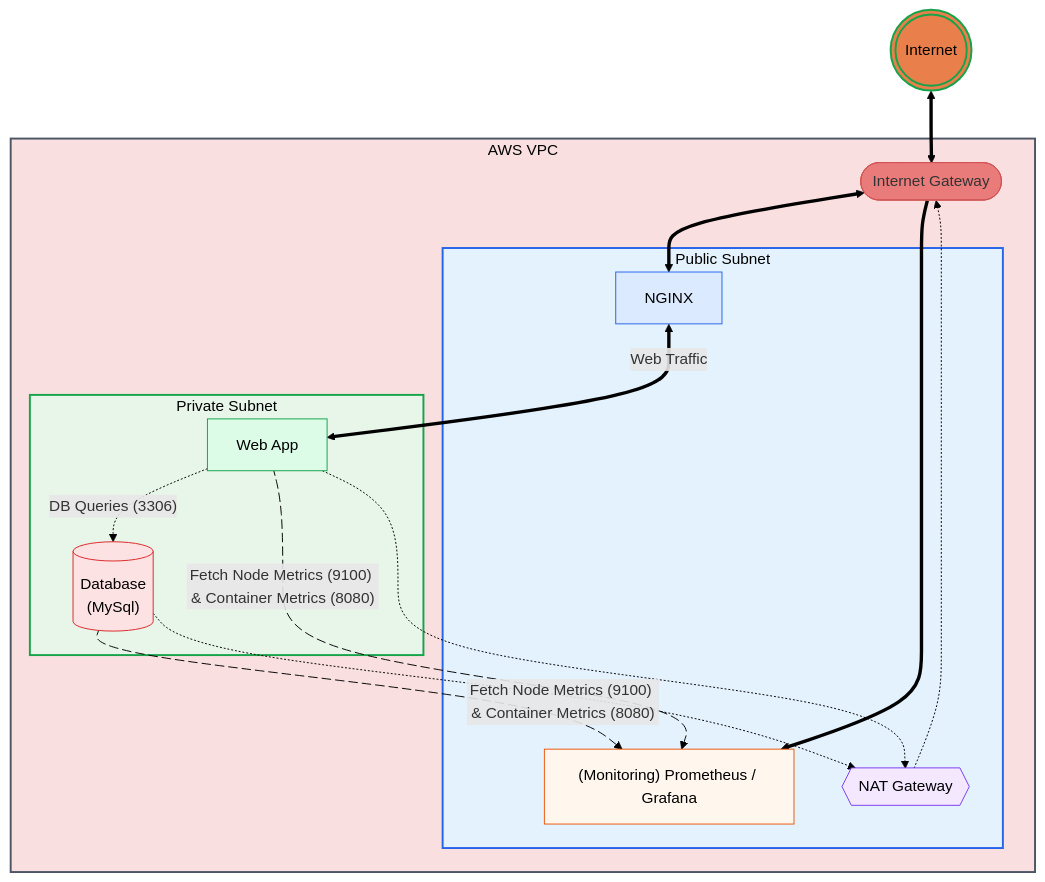
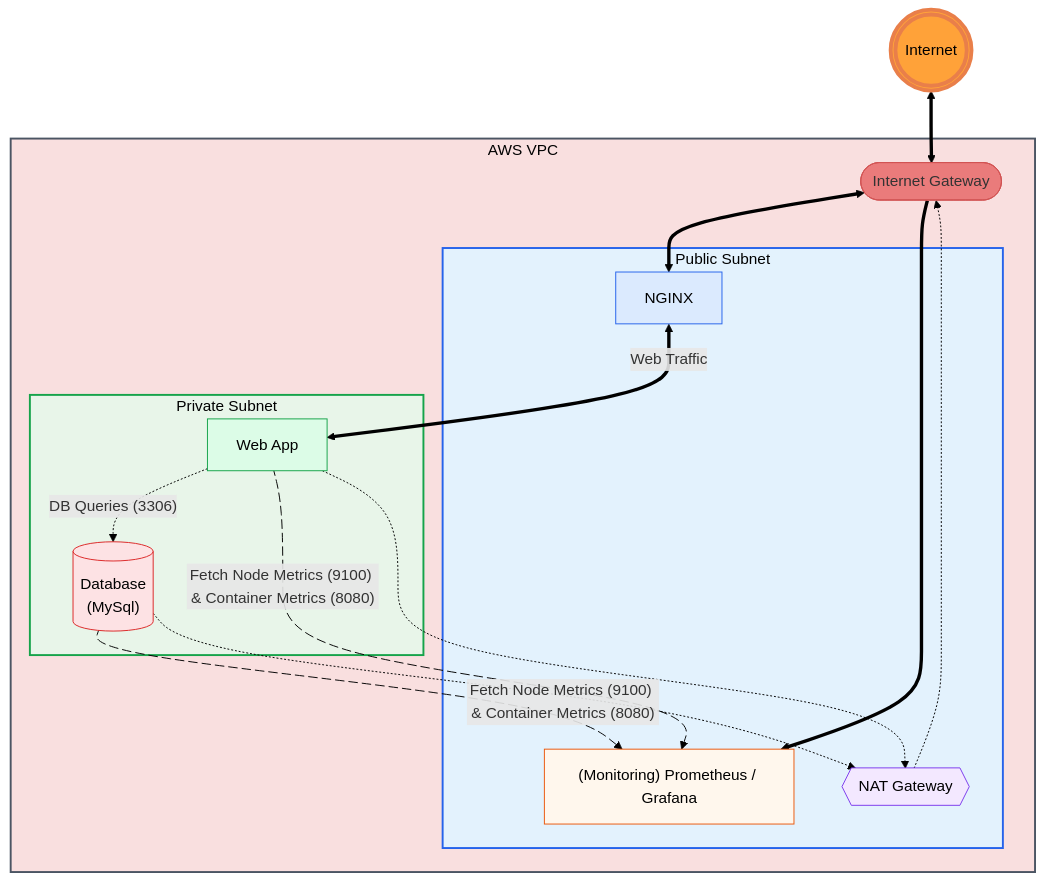
The diagram in README.md (Jazzar101/learning-terraform-3087701), drawn with Mermaid before and after one commit.

Commit message:
added styling to internet node

````diff
--- a/README.md
+++ b/README.md
@@ -6,58 +6,58 @@
 ```mermaid
 flowchart TB
     Internet(((Internet)))
     subgraph VPC[AWS VPC]
         IGW([Internet Gateway])
         subgraph PublicSubnet[Public Subnet]
             NAT{{NAT Gateway}}
             NGINX[NGINX]
             Monitoring["(Monitoring) Prometheus / Grafana"]
         end
 
         subgraph PrivateSubnet[Private Subnet]
             App[Web App]
             DB[("Database\n(MySql)")]
         end
     end
 
     Internet <==> IGW
     IGW <==> NGINX
     NGINX <==>|Web Traffic| App
     App -.->|"DB Queries (3306)"| DB
     IGW ==> Monitoring
 
     App metricsApp@-->|"Fetch Node Metrics (9100) & Container Metrics (8080)"| Monitoring
     DB metricsDB@-->|"Fetch Node Metrics (9100) & Container Metrics (8080)"| Monitoring
 
     App -.-> NAT
     DB -.-> NAT
     NAT -.-> IGW
     
     metricsApp@{ animation: slow }    
     metricsDB@{ animation: slow }
 
     %% Node-only styling (GitHub safe)
     classDef ingress fill:#dbeafe,stroke:#2563eb,color:#000000
     classDef monitoring fill:#fff7ed,stroke:#ea580c,color:#000000
     classDef nat fill:#f3e8ff,stroke:#7c3aed,color:#000000
     classDef app fill:#dcfce7,stroke:#16a34a,color:#000000
     classDef db fill:#fde2e4,stroke:#dc2626,color:#000000
     classDef igw fill:#EA7B7B,stroke:#D25353,color:#00000
     classDef PublicSubnet fill:#e3f2fd,stroke:#2563eb
     classDef PrivateSubnet fill:#e8f5e9,stroke:#16a34a    
     classDef VPC fill:#F9DFDF,stroke:#4b5563,stroke-width:2px,color:#000000
 
     style VPC fill:#F9DFDF,stroke:#4b5563,stroke-width:2px,color:#000000
     style PublicSubnet fill:#e3f2fd,stroke:#2563eb,stroke-width:2px,color:#000000
     style PrivateSubnet fill:#e8f5e9,stroke:#16a34a,stroke-width:2px,color:#000000
-    style Internet fill:#E97F4A,stroke:#16a34a,stroke-width:2px,color:#000000
+    style Internet fill:#FFA239,stroke:#E97F4A,stroke-width:4px,color:#000000
 
     linkStyle default stroke:#000
 
     class NGINX ingress
     class Monitoring monitoring
     class NAT nat
     class App app
     class DB db
     class IGW igw
 ```
````
